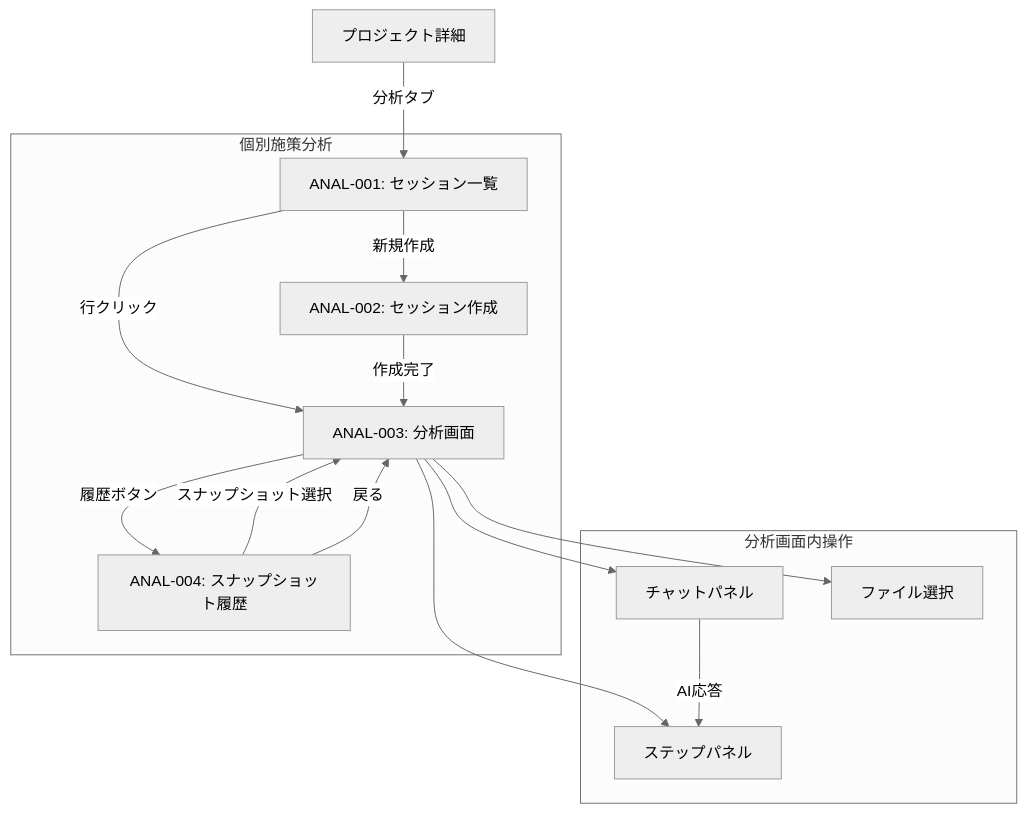
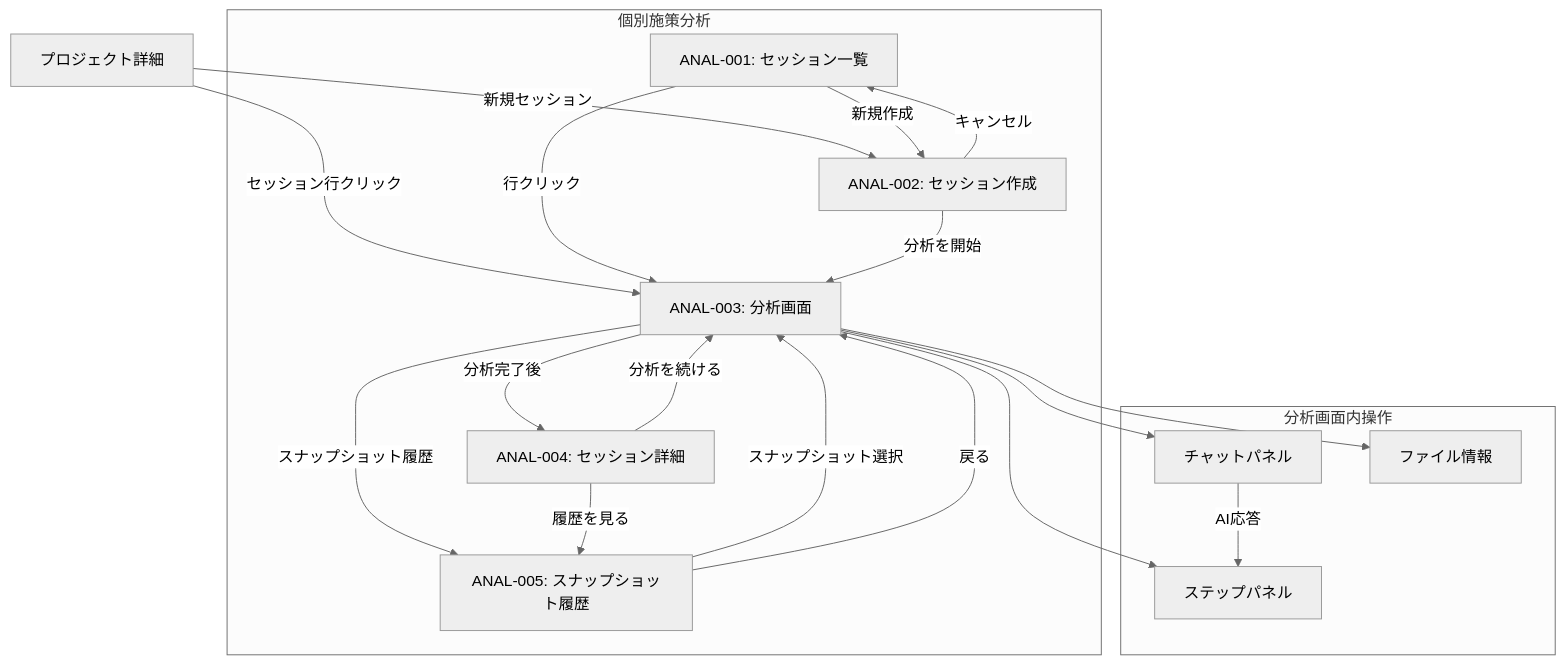
Before and after one commit to nomura-koshiro/genai-app-docs: the third of 6 diagrams in docs/specifications/02-screen-transition/01-screen-transition.md, drawn with Mermaid (neutral theme). The commit also changed other lines of this file and 29 other files, not shown here.

```diff
--- a/docs/specifications/02-screen-transition/01-screen-transition.md
+++ b/docs/specifications/02-screen-transition/01-screen-transition.md
@@ -168,28 +176,34 @@
 ::: mermaid
 graph TD
     subgraph 個別施策分析
         SLIST[ANAL-001: セッション一覧]
         SNEW[ANAL-002: セッション作成]
-        SDETAIL[ANAL-003: 分析画面]
-        SSNAP[ANAL-004: スナップショット履歴]
+        SANALYSIS[ANAL-003: 分析画面]
+        SDETAIL[ANAL-004: セッション詳細]
+        SSNAP[ANAL-005: スナップショット履歴]
     end
 
-    PDETAIL[プロジェクト詳細] -->|分析タブ| SLIST
+    PDETAIL[プロジェクト詳細] -->|新規セッション| SNEW
+    PDETAIL -->|セッション行クリック| SANALYSIS
     SLIST -->|新規作成| SNEW
-    SLIST -->|行クリック| SDETAIL
-    SNEW -->|作成完了| SDETAIL
-    SDETAIL -->|履歴ボタン| SSNAP
-    SSNAP -->|スナップショット選択| SDETAIL
-    SSNAP -->|戻る| SDETAIL
+    SLIST -->|行クリック| SANALYSIS
+    SNEW -->|分析を開始| SANALYSIS
+    SNEW -->|キャンセル| SLIST
+    SANALYSIS -->|スナップショット履歴| SSNAP
+    SANALYSIS -->|分析完了後| SDETAIL
+    SDETAIL -->|分析を続ける| SANALYSIS
+    SDETAIL -->|履歴を見る| SSNAP
+    SSNAP -->|スナップショット選択| SANALYSIS
+    SSNAP -->|戻る| SANALYSIS
 
     subgraph 分析画面内操作
         CHAT[チャットパネル]
         STEP[ステップパネル]
-        FILE[ファイル選択]
+        FILE[ファイル情報]
     end
 
-    SDETAIL --> CHAT
-    SDETAIL --> STEP
-    SDETAIL --> FILE
+    SANALYSIS --> CHAT
+    SANALYSIS --> STEP
+    SANALYSIS --> FILE
     CHAT -->|AI応答| STEP
 :::
```
